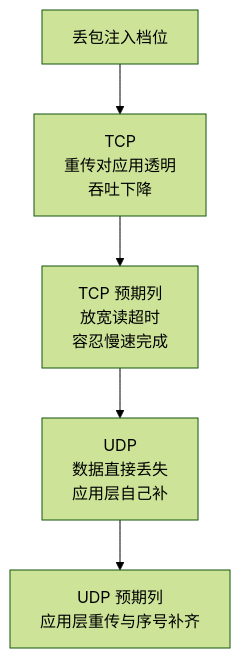
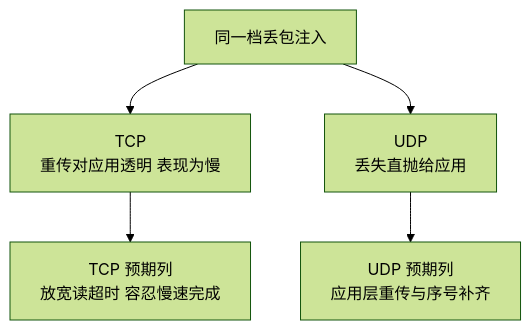
The second of 4 diagrams in vault/工程知识/性能工程：从用户等待到资源瓶颈/存储与网络/弱网测试要把网络当变量：延迟、抖动、丢包三轴注入到超时边界.md (hub138/technical-knowledge), drawn with Mermaid (forest theme) before and after one commit. The commit also changed other lines of this file and 622 other files, not shown here.

````diff
--- a/vault/工程知识/性能工程：从用户等待到资源瓶颈/存储与网络/弱网测试要把网络当变量：延迟、抖动、丢包三轴注入到超时边界.md
+++ b/vault/工程知识/性能工程：从用户等待到资源瓶颈/存储与网络/弱网测试要把网络当变量：延迟、抖动、丢包三轴注入到超时边界.md
@@ -53,7 +55,7 @@
 ```mermaid
 flowchart TB
-    a["丢包注入档位"] --> b1["TCP<br/>重传对应用透明<br/>吞吐下降"]
-    b1 --> c["TCP 预期列<br/>放宽读超时<br/>容忍慢速完成"]
-    c --> b2["UDP<br/>数据直接丢失<br/>应用层自己补"]
+    a["同一档丢包注入"] --> b1["TCP<br/>重传对应用透明 表现为慢"]
+    a --> b2["UDP<br/>丢失直抛给应用"]
+    b1 --> c["TCP 预期列<br/>放宽读超时 容忍慢速完成"]
     b2 --> d["UDP 预期列<br/>应用层重传与序号补齐"]
 ```
````
